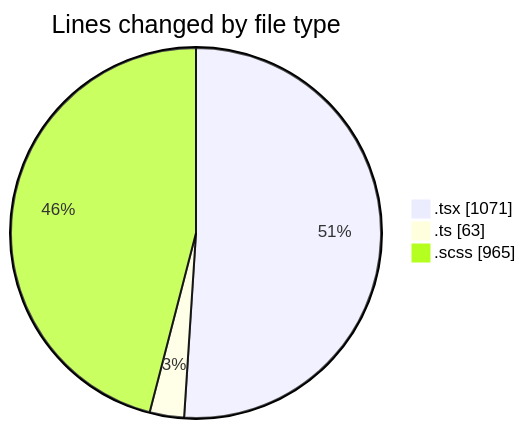
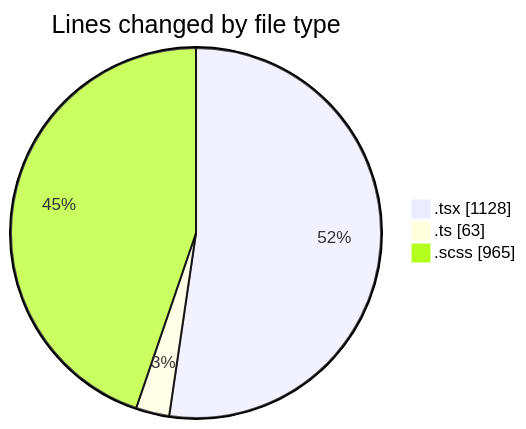
Before and after one commit to momahboobian/code-tracking: the first of 2 diagrams in 2025-04-02/cda/README.md, drawn with Mermaid. The commit also changed other lines of this file and 1 other file, not shown here.

````diff
--- a/2025-04-02/cda/README.md
+++ b/2025-04-02/cda/README.md
@@ -27,7 +27,7 @@
 ```mermaid
 pie showData
 title Lines changed by file type
-".tsx" : 1071
+".tsx" : 1128
 ".ts" : 63
 ".scss" : 965
 ```
````
